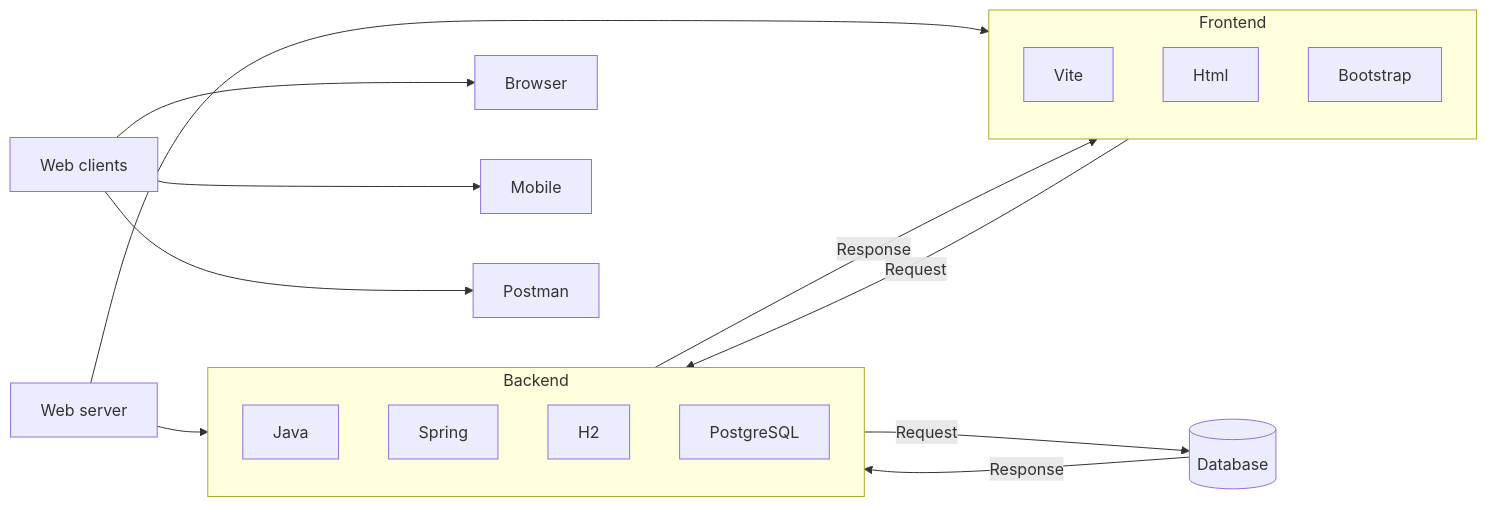
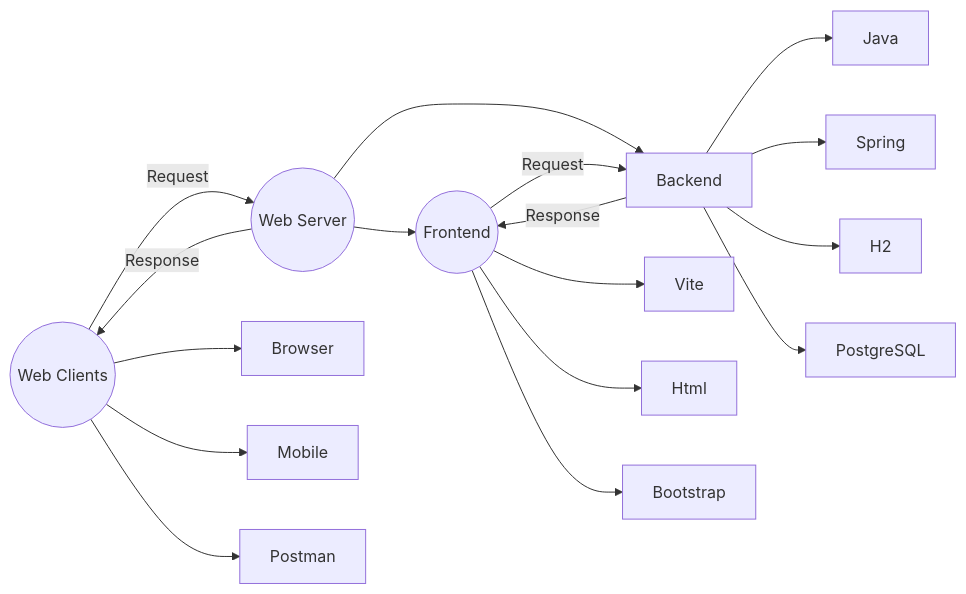
The first of 2 diagrams in README.md (software-development-project-1/project-template), drawn with Mermaid before and after one commit.

````diff
--- a/README.md
+++ b/README.md
@@ -61,23 +61,24 @@
   ```mermaid
 graph LR;
-    WebClients1[Web clients] --> Browser;
-    WebClients1 --> Mobile;
-    WebClients1 --> Postman;
-    WebServer[Web server] --> Frontend;
+    WebClients((Web Clients)) -->|Request| WebServer((Web Server));
+    WebServer -->|Response| WebClients;
+
+    WebClients --> Browser;
+    WebClients --> Mobile;
+    WebClients --> Postman;
+
+    WebServer --> Frontend;
     WebServer --> Backend;
-    Frontend -->|Request| Backend;
-    Backend -->|Request| id1[(Database)];
-    id1 -->|Response| Backend;
+
+    Frontend((Frontend)) -->|Request| Backend;
     Backend -->|Response| Frontend;
-    subgraph Frontend
-        Vite;
-        Html;
-        Bootstrap;
-    end
-    subgraph Backend
-        Java;
-        Spring;
-        H2;
-        PostgreSQL;
-    end
+
+    Frontend --> Vite;
+    Frontend --> Html;
+    Frontend --> Bootstrap;
+
+    Backend --> Java;
+    Backend --> Spring;
+    Backend --> H2;
+    Backend --> PostgreSQL;
 ```
````
